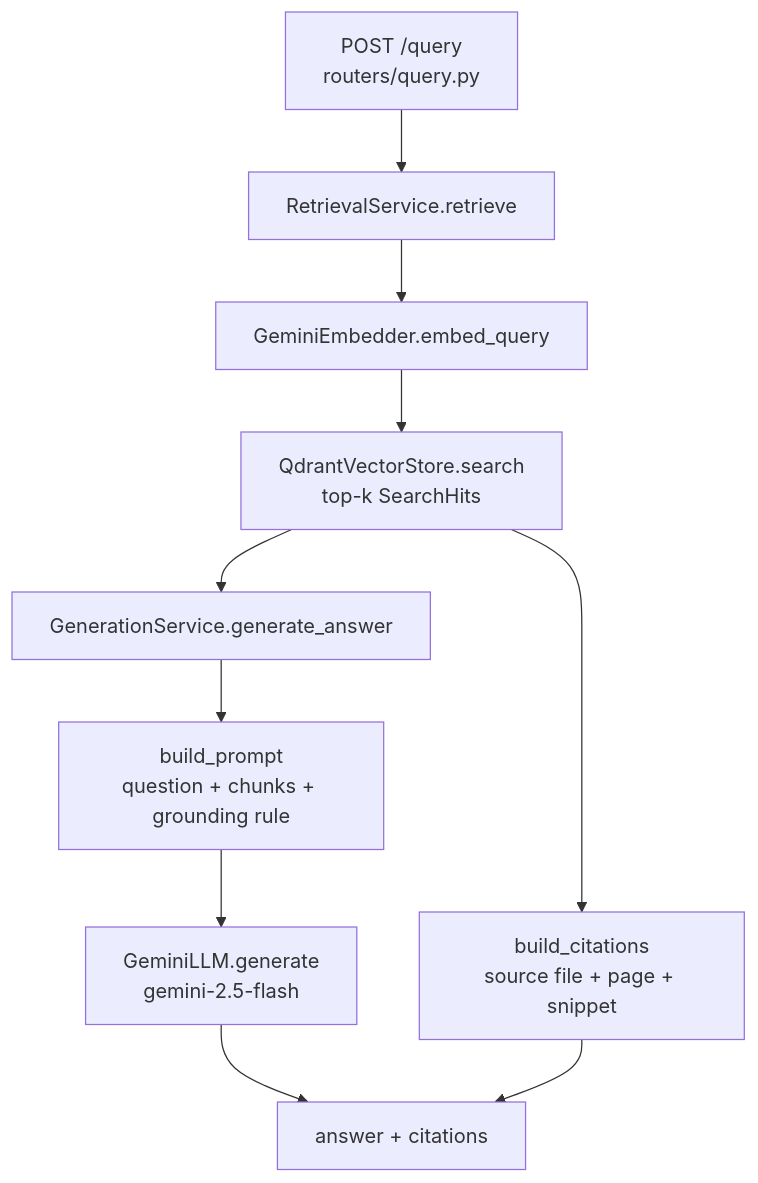
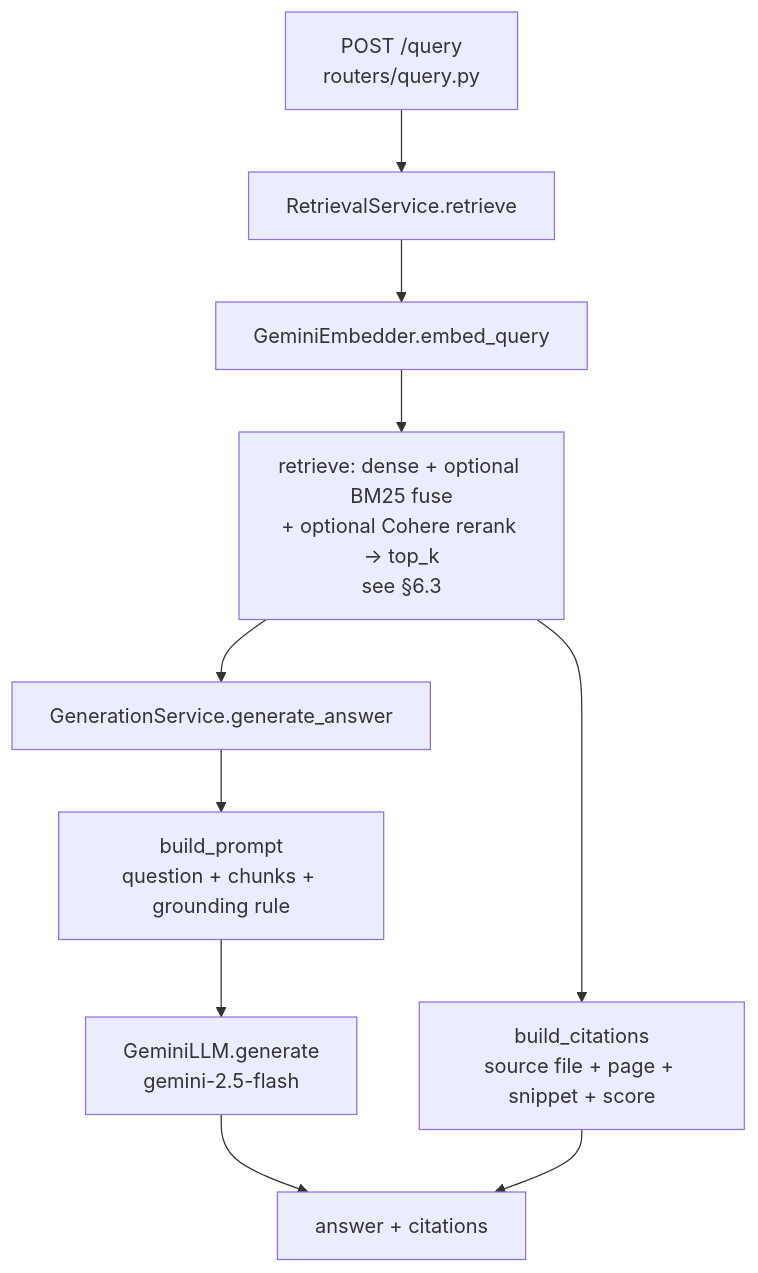
One commit to RajatRajSharma/finQueryBackend changed the fifth of 6 diagrams in README.md. Above: the diagram before and after it, drawn with Mermaid. The commit also changed other lines of this file, not shown here.

````diff
--- a/README.md
+++ b/README.md
@@ -333,12 +404,12 @@
 ```mermaid
 flowchart TD
     A[POST /query<br/>routers/query.py] --> B[RetrievalService.retrieve]
     B --> B1[GeminiEmbedder.embed_query]
-    B1 --> B2[QdrantVectorStore.search<br/>top-k SearchHits]
+    B1 --> B2[retrieve: dense + optional BM25 fuse<br/>+ optional Cohere rerank → top_k<br/>see §6.3]
     B2 --> C[GenerationService.generate_answer]
     C --> C1[build_prompt<br/>question + chunks + grounding rule]
     C1 --> C2[GeminiLLM.generate<br/>gemini-2.5-flash]
-    B2 --> D[build_citations<br/>source file + page + snippet]
+    B2 --> D[build_citations<br/>source file + page + snippet + score]
     C2 --> E[QueryResponse]
     D --> E[answer + citations]
 ```
````
